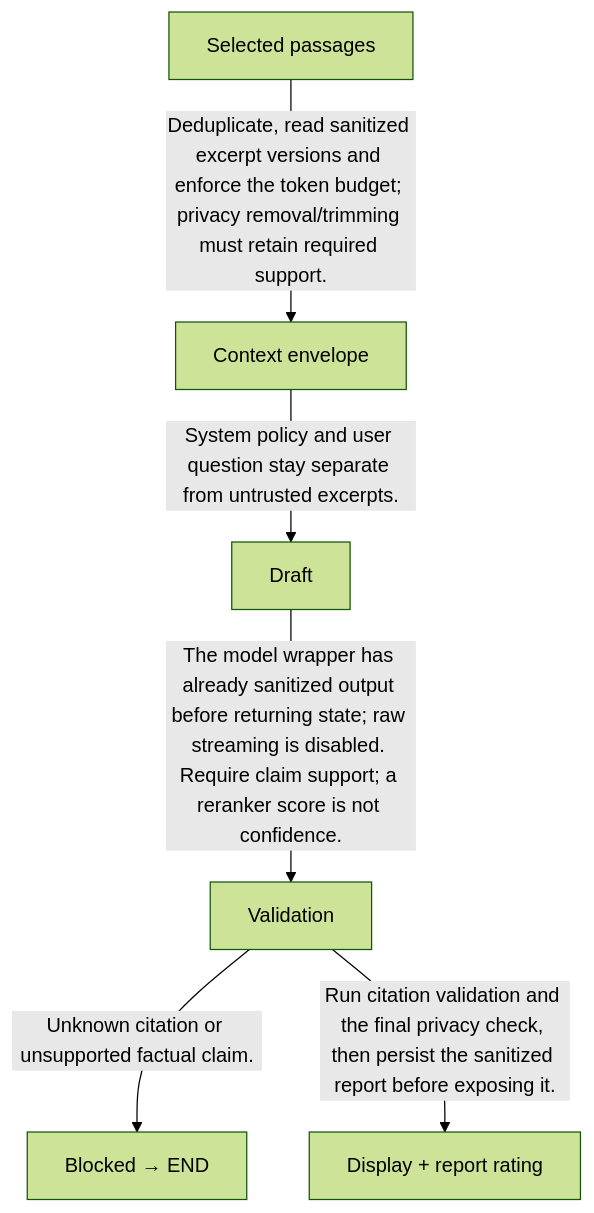
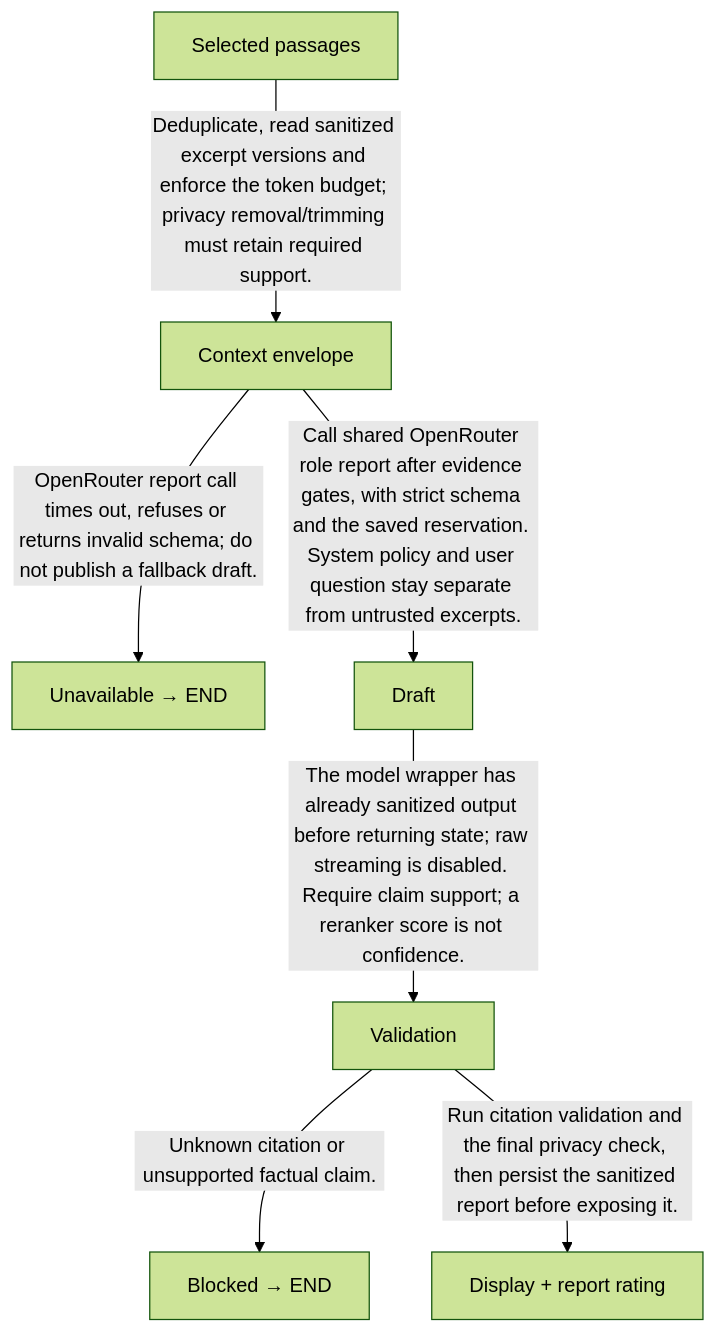
The fifth of 11 diagrams in docs/FINANCIAL_REPORT_PROJECT.md (ByronHo68/ai-learning-academy), drawn with Mermaid (forest theme) before and after one commit. The commit also changed other lines of this file and 81 other files, not shown here.

Commit message:
Route finance LLM calls through a shared OpenRouter gateway

````diff
--- a/docs/FINANCIAL_REPORT_PROJECT.md
+++ b/docs/FINANCIAL_REPORT_PROJECT.md
@@ -2131,14 +2179,16 @@
 ```mermaid
 flowchart TD
   n0["Selected passages"]
   n1["Context envelope"]
-  n2["Draft"]
-  n3["Validation"]
-  n4["Blocked → END"]
-  n5["Display + report rating"]
+  n2["Unavailable → END"]
+  n3["Draft"]
+  n4["Validation"]
+  n5["Blocked → END"]
+  n6["Display + report rating"]
   n0 -->|"Deduplicate, read sanitized excerpt versions and enforce the token budget; privacy removal/trimming must retain required support."| n1
-  n1 -->|"System policy and user question stay separate from untrusted excerpts."| n2
-  n2 -->|"The model wrapper has already sanitized output before returning state; raw streaming is disabled. Require claim support; a reranker score is not confidence."| n3
-  n3 -->|"Unknown citation or unsupported factual claim."| n4
-  n3 -->|"Run citation validation and the final privacy check, then persist the sanitized report before exposing it."| n5
+  n1 -->|"OpenRouter report call times out, refuses or returns invalid schema; do not publish a fallback draft."| n2
+  n1 -->|"Call shared OpenRouter role report after evidence gates, with strict schema and the saved reservation. System policy and user question stay separate from untrusted excerpts."| n3
+  n3 -->|"The model wrapper has already sanitized output before returning state; raw streaming is disabled. Require claim support; a reranker score is not confidence."| n4
+  n4 -->|"Unknown citation or unsupported factual claim."| n5
+  n4 -->|"Run citation validation and the final privacy check, then persist the sanitized report before exposing it."| n6
 ```
````
